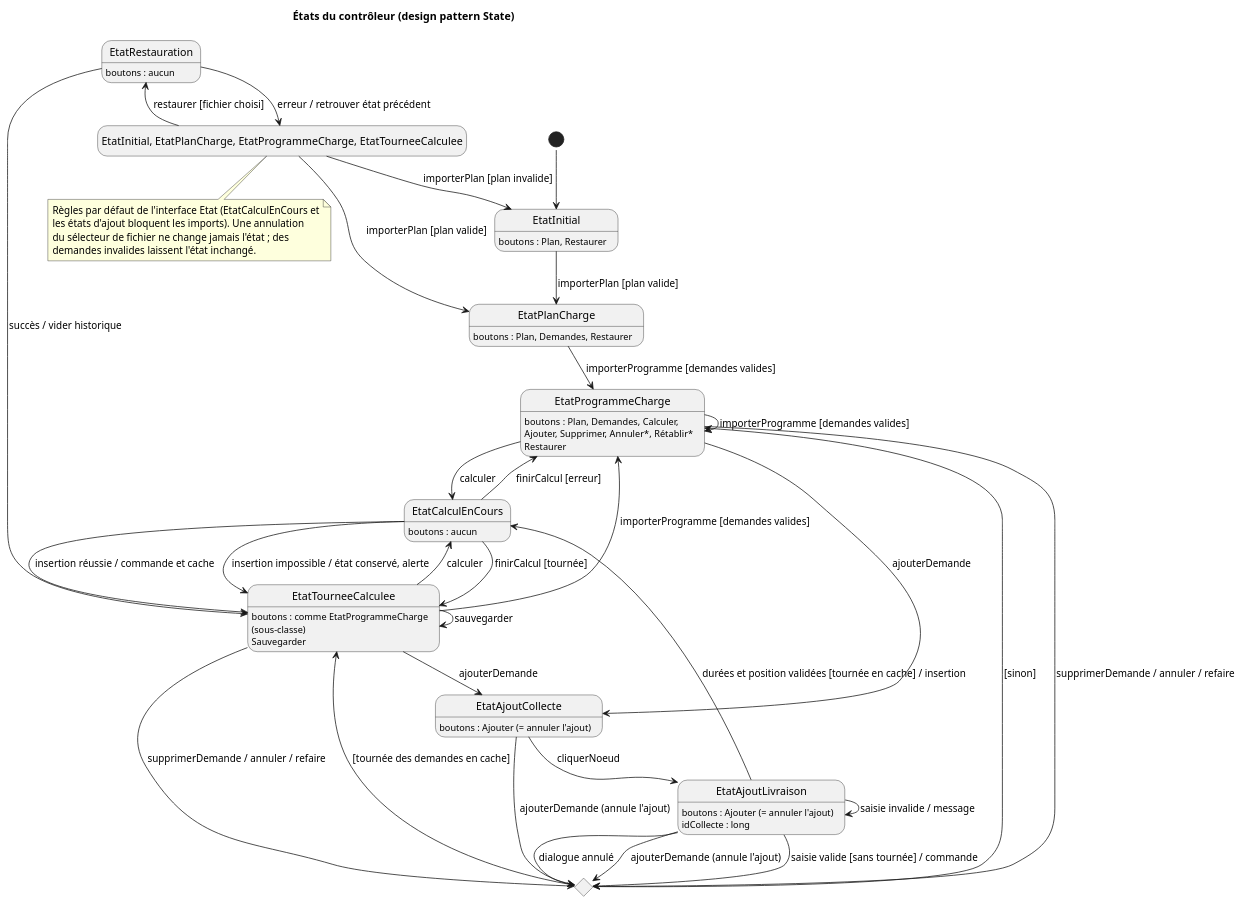
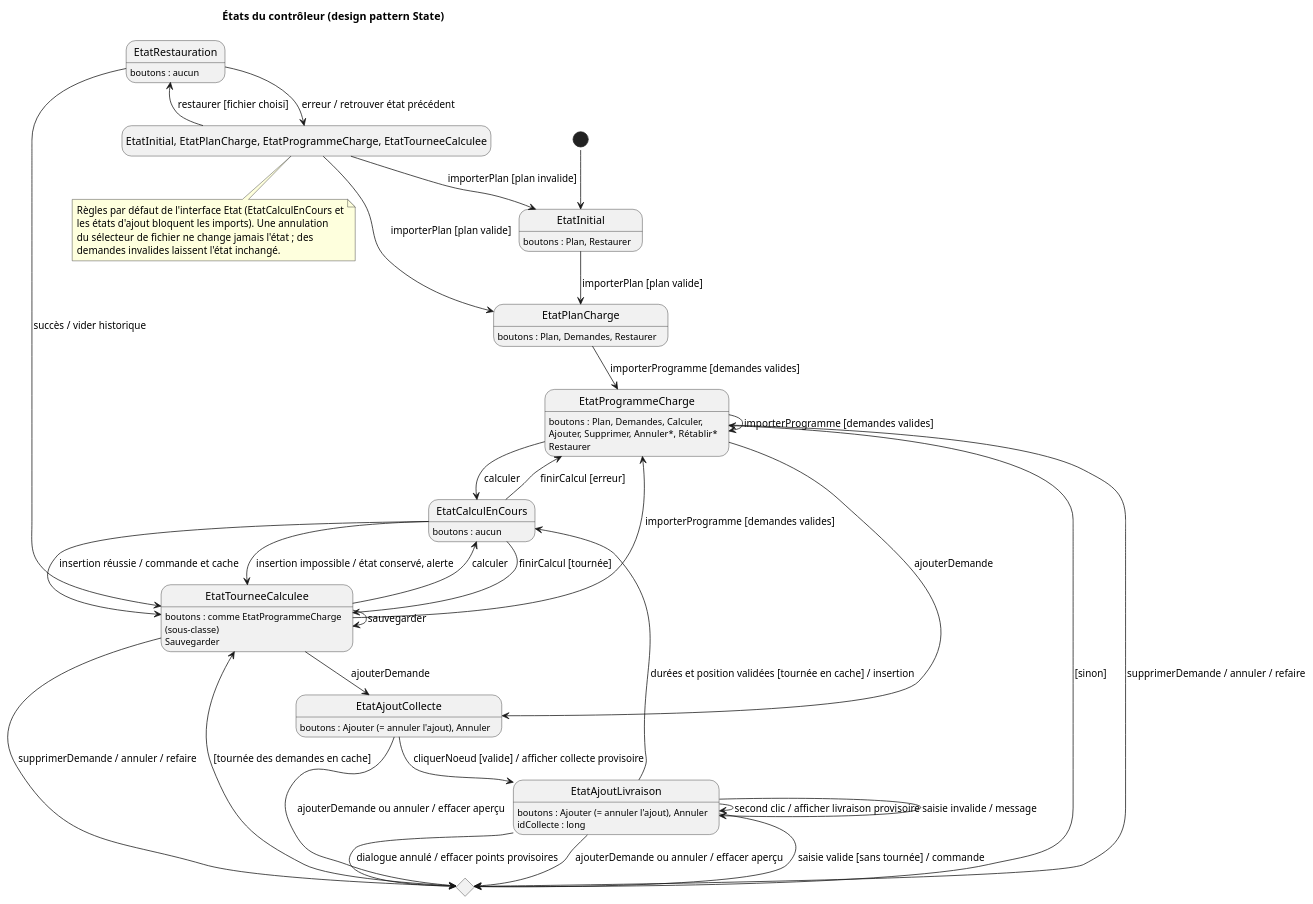
Before and after one commit to tristanhp/Optimod-Lyon: the diagram in docs/diagrams/etats-controleur.puml, drawn with PlantUML. The commit also changed 11 other files, not shown here.

Commit message:
feat: TIG-68 afficher les points provisoires et annuler la saisie

```diff
--- a/docs/diagrams/etats-controleur.puml
+++ b/docs/diagrams/etats-controleur.puml
@@ -1,61 +1,62 @@
 @startuml etats-controleur
 !pragma layout smetana
 title États du contrôleur (design pattern State)
 hide empty description
 [*] --> EtatInitial
 EtatInitial : boutons : Plan, Restaurer
 EtatPlanCharge : boutons : Plan, Demandes, Restaurer
 EtatProgrammeCharge : boutons : Plan, Demandes, Calculer,
 EtatProgrammeCharge : Ajouter, Supprimer, Annuler*, Rétablir*
 EtatProgrammeCharge : Restaurer
 EtatCalculEnCours : boutons : aucun
 EtatTourneeCalculee : boutons : comme EtatProgrammeCharge
 EtatTourneeCalculee : (sous-classe)
 EtatTourneeCalculee : Sauvegarder
 EtatRestauration : boutons : aucun
-EtatAjoutCollecte : boutons : Ajouter (= annuler l'ajout)
-EtatAjoutLivraison : boutons : Ajouter (= annuler l'ajout)
+EtatAjoutCollecte : boutons : Ajouter (= annuler l'ajout), Annuler
+EtatAjoutLivraison : boutons : Ajouter (= annuler l'ajout), Annuler
 EtatAjoutLivraison : idCollecte : long
 
 EtatInitial --> EtatPlanCharge : importerPlan [plan valide]
 EtatPlanCharge --> EtatProgrammeCharge : importerProgramme [demandes valides]
 EtatProgrammeCharge --> EtatCalculEnCours : calculer
 EtatCalculEnCours --> EtatTourneeCalculee : finirCalcul [tournée]
 EtatCalculEnCours --> EtatProgrammeCharge : finirCalcul [erreur]
 EtatTourneeCalculee --> EtatCalculEnCours : calculer
 EtatProgrammeCharge --> EtatProgrammeCharge : importerProgramme [demandes valides]
 EtatTourneeCalculee --> EtatProgrammeCharge : importerProgramme [demandes valides]
 
 state "Choix de l'état selon le cache" as cache <<choice>>
 EtatProgrammeCharge --> cache : supprimerDemande / annuler / refaire
 EtatTourneeCalculee --> cache : supprimerDemande / annuler / refaire
 cache --> EtatTourneeCalculee : [tournée des demandes en cache]
 cache --> EtatProgrammeCharge : [sinon]
 
 EtatProgrammeCharge --> EtatAjoutCollecte : ajouterDemande
 EtatTourneeCalculee --> EtatAjoutCollecte : ajouterDemande
-EtatAjoutCollecte --> EtatAjoutLivraison : cliquerNoeud
+EtatAjoutCollecte --> EtatAjoutLivraison : cliquerNoeud [valide] / afficher collecte provisoire
 EtatAjoutLivraison --> cache : saisie valide [sans tournée] / commande
 EtatAjoutLivraison --> EtatCalculEnCours : durées et position validées [tournée en cache] / insertion
 EtatCalculEnCours --> EtatTourneeCalculee : insertion réussie / commande et cache
 EtatCalculEnCours --> EtatTourneeCalculee : insertion impossible / état conservé, alerte
-EtatAjoutLivraison --> cache : dialogue annulé
+EtatAjoutLivraison --> cache : dialogue annulé / effacer points provisoires
+EtatAjoutLivraison --> EtatAjoutLivraison : second clic / afficher livraison provisoire
 EtatAjoutLivraison --> EtatAjoutLivraison : saisie invalide / message
-EtatAjoutCollecte --> cache : ajouterDemande (annule l'ajout)
-EtatAjoutLivraison --> cache : ajouterDemande (annule l'ajout)
+EtatAjoutCollecte --> cache : ajouterDemande ou annuler / effacer aperçu
+EtatAjoutLivraison --> cache : ajouterDemande ou annuler / effacer aperçu
 
 state "EtatInitial, EtatPlanCharge, EtatProgrammeCharge, EtatTourneeCalculee" as tous
 tous --> EtatPlanCharge : importerPlan [plan valide]
 tous --> EtatInitial : importerPlan [plan invalide]
 tous --> EtatRestauration : restaurer [fichier choisi]
 EtatRestauration --> EtatTourneeCalculee : succès / vider historique
 EtatRestauration --> tous : erreur / retrouver état précédent
 EtatTourneeCalculee --> EtatTourneeCalculee : sauvegarder
 
 note bottom of tous
 Règles par défaut de l'interface Etat (EtatCalculEnCours et
 les états d'ajout bloquent les imports). Une annulation
 du sélecteur de fichier ne change jamais l'état ; des
 demandes invalides laissent l'état inchangé.
 end note
 @enduml
```
